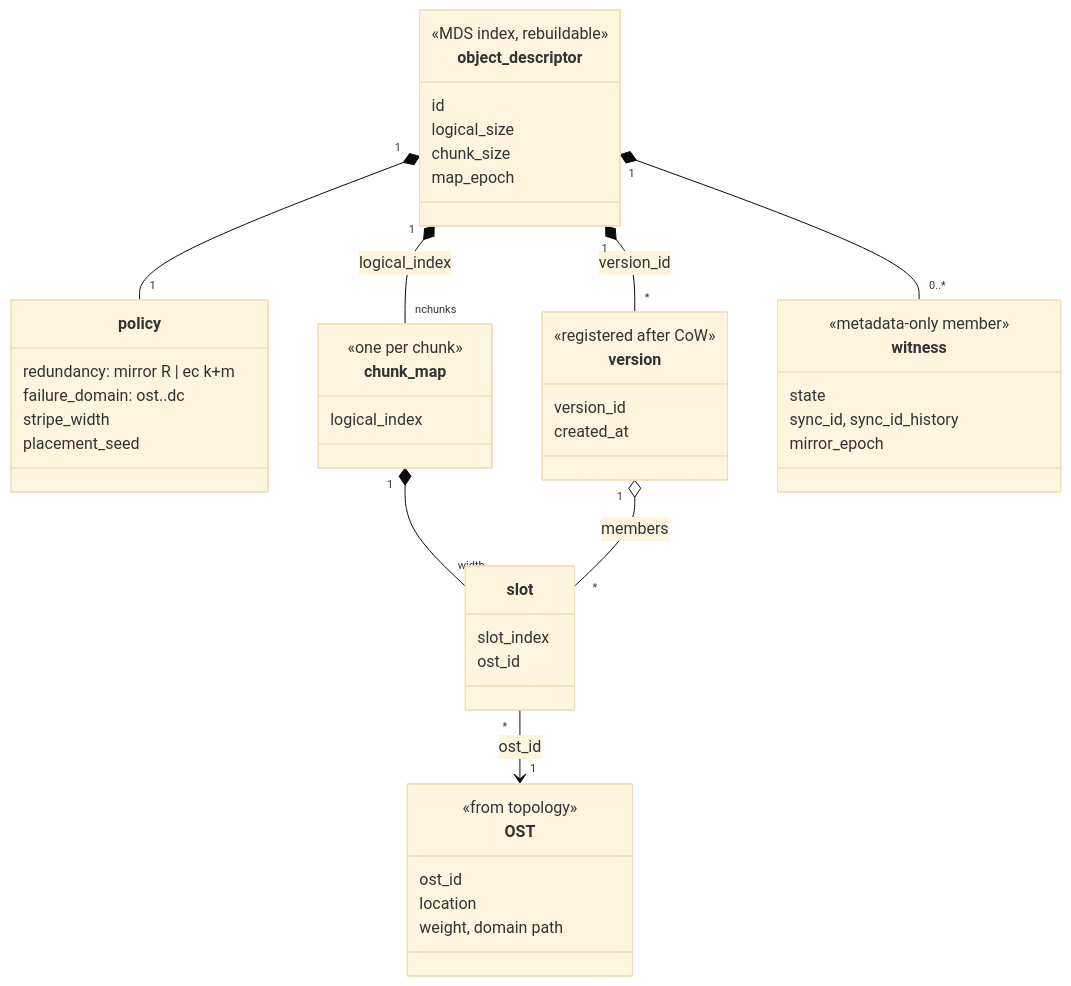
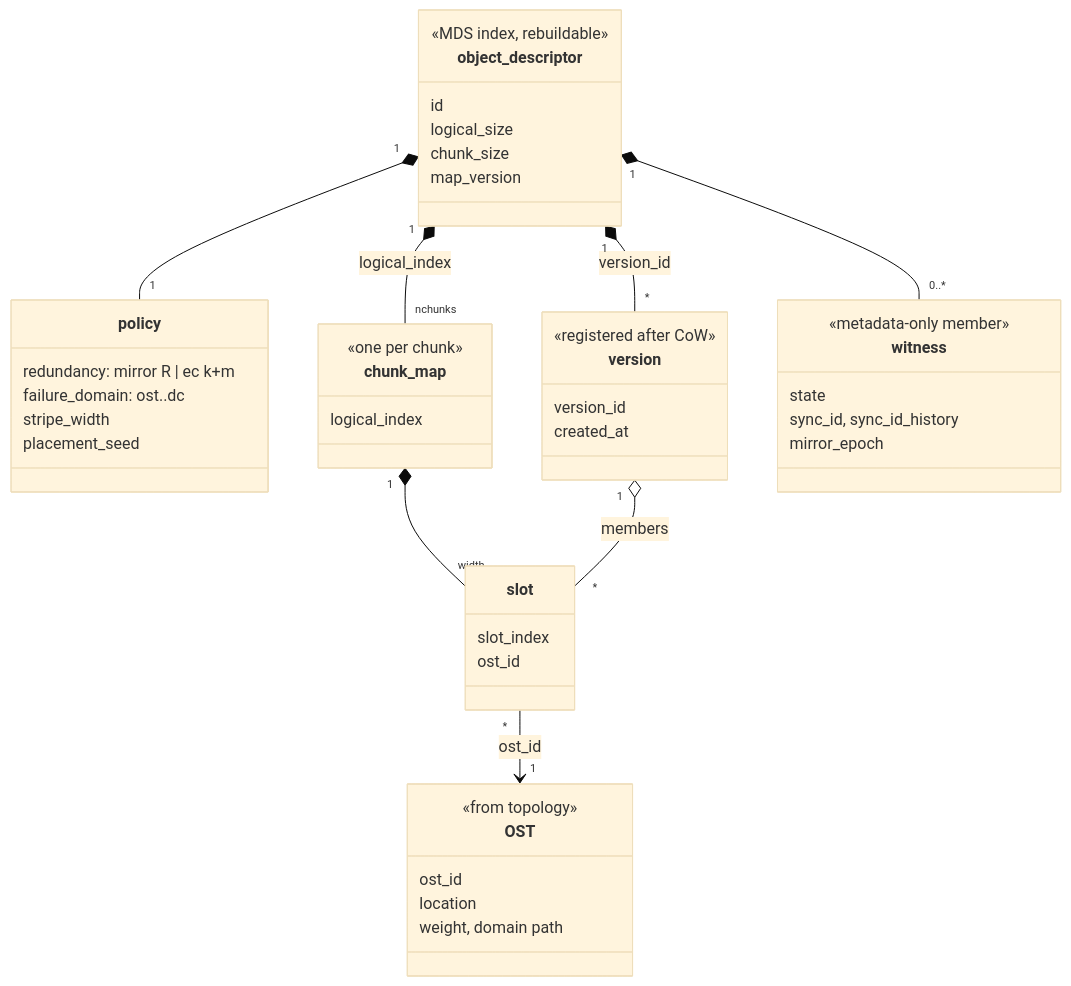
Before and after one commit to rawstor/librawstor: the second of 8 diagrams in docs/mds.md, drawn with Mermaid (base theme). The commit also changed other lines of this file and 9 other files, not shown here.

First line of the commit message:
ref(mds): rename map_epoch to map_version

````diff
--- a/docs/mds.md
+++ b/docs/mds.md
@@ -324,49 +324,49 @@
 ```mermaid
 classDiagram
     direction TB
     object_descriptor "1" *-- "1" policy
     object_descriptor "1" *-- "nchunks" chunk_map : logical_index
     chunk_map "1" *-- "width" slot
     object_descriptor "1" *-- "*" version : version_id
     version "1" o-- "*" slot : members
     object_descriptor "1" *-- "0..*" witness
     slot "*" --> "1" OST : ost_id
     class object_descriptor {
       <<MDS index, rebuildable>>
       id
       logical_size
       chunk_size
-      map_epoch
+      map_version
     }
     class policy {
       redundancy: mirror R | ec k+m
       failure_domain: ost..dc
       stripe_width
       placement_seed
     }
     class chunk_map {
       <<one per chunk>>
       logical_index
     }
     class slot {
       slot_index
       ost_id
     }
     class version {
       <<registered after CoW>>
       version_id
       created_at
     }
     class witness {
       <<metadata-only member>>
       state
       sync_id, sync_id_history
       mirror_epoch
     }
     class OST {
       <<from topology>>
       ost_id
       location
       weight, domain path
     }
 ```
````
